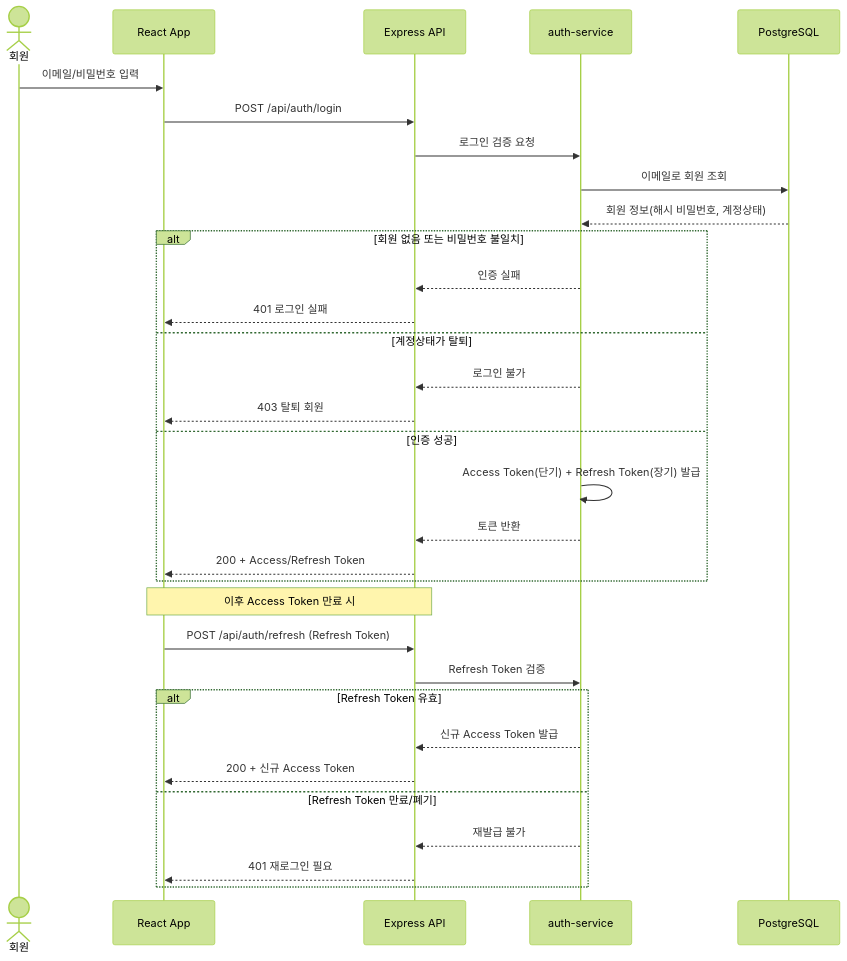
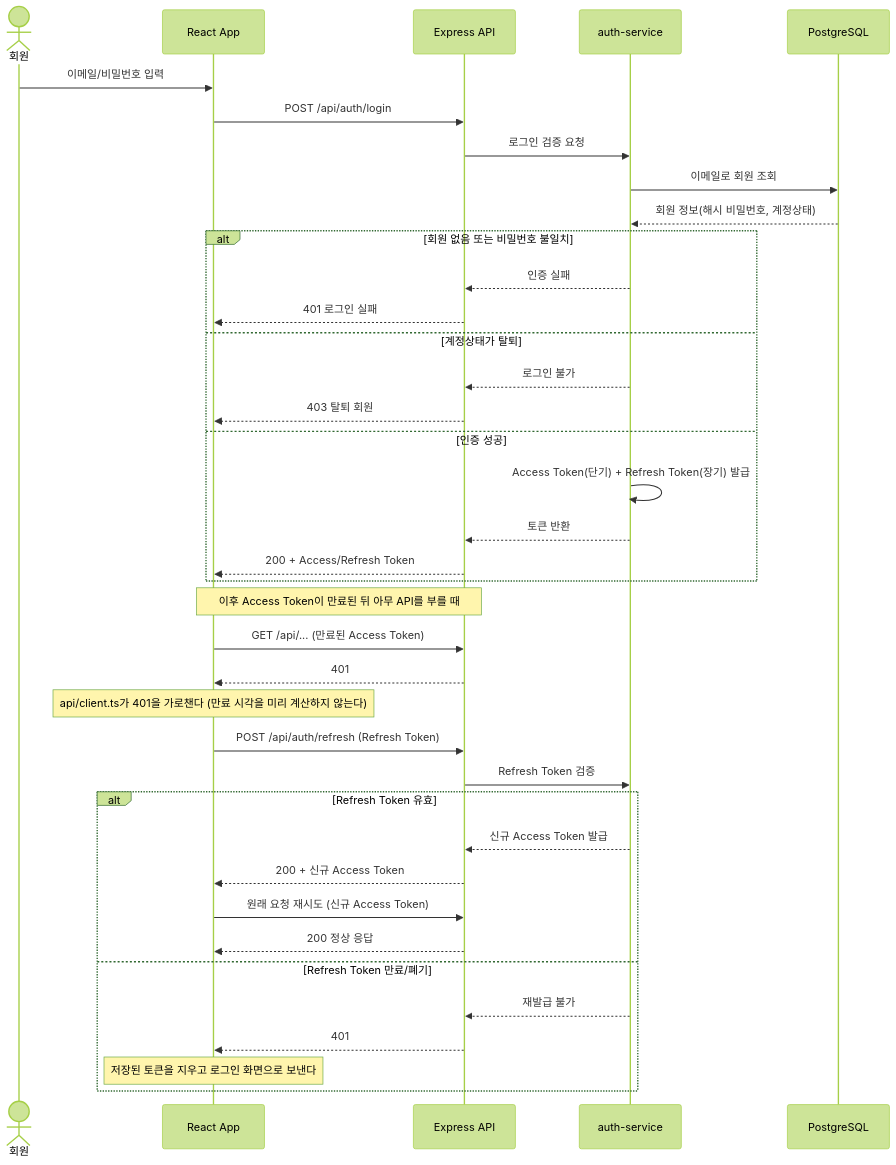
One commit to kfanfanbT9/ClubHome changed the second of 4 diagrams in docs/6-arch-diagram.md. Above: the diagram before and after it, drawn with Mermaid (forest theme). The commit also changed other lines of this file and 23 other files, not shown here.

````diff
--- a/docs/6-arch-diagram.md
+++ b/docs/6-arch-diagram.md
@@ -59,36 +70,42 @@
 ```mermaid
 sequenceDiagram
     actor U as 회원
     participant FE as React App
     participant API as Express API
     participant SVC as auth-service
     participant DB as PostgreSQL
 
     U->>FE: 이메일/비밀번호 입력
     FE->>API: POST /api/auth/login
     API->>SVC: 로그인 검증 요청
     SVC->>DB: 이메일로 회원 조회
     DB-->>SVC: 회원 정보(해시 비밀번호, 계정상태)
     alt 회원 없음 또는 비밀번호 불일치
         SVC-->>API: 인증 실패
         API-->>FE: 401 로그인 실패
     else 계정상태가 탈퇴
         SVC-->>API: 로그인 불가
         API-->>FE: 403 탈퇴 회원
     else 인증 성공
         SVC->>SVC: Access Token(단기) + Refresh Token(장기) 발급
         SVC-->>API: 토큰 반환
         API-->>FE: 200 + Access/Refresh Token
     end
 
-    Note over FE,API: 이후 Access Token 만료 시
+    Note over FE,API: 이후 Access Token이 만료된 뒤 아무 API를 부를 때
+    FE->>API: GET /api/... (만료된 Access Token)
+    API-->>FE: 401
+    Note over FE: api/client.ts가 401을 가로챈다 (만료 시각을 미리 계산하지 않는다)
     FE->>API: POST /api/auth/refresh (Refresh Token)
     API->>SVC: Refresh Token 검증
     alt Refresh Token 유효
         SVC-->>API: 신규 Access Token 발급
         API-->>FE: 200 + 신규 Access Token
+        FE->>API: 원래 요청 재시도 (신규 Access Token)
+        API-->>FE: 200 정상 응답
     else Refresh Token 만료/폐기
         SVC-->>API: 재발급 불가
-        API-->>FE: 401 재로그인 필요
+        API-->>FE: 401
+        Note over FE: 저장된 토큰을 지우고 로그인 화면으로 보낸다
     end
 ```
````
